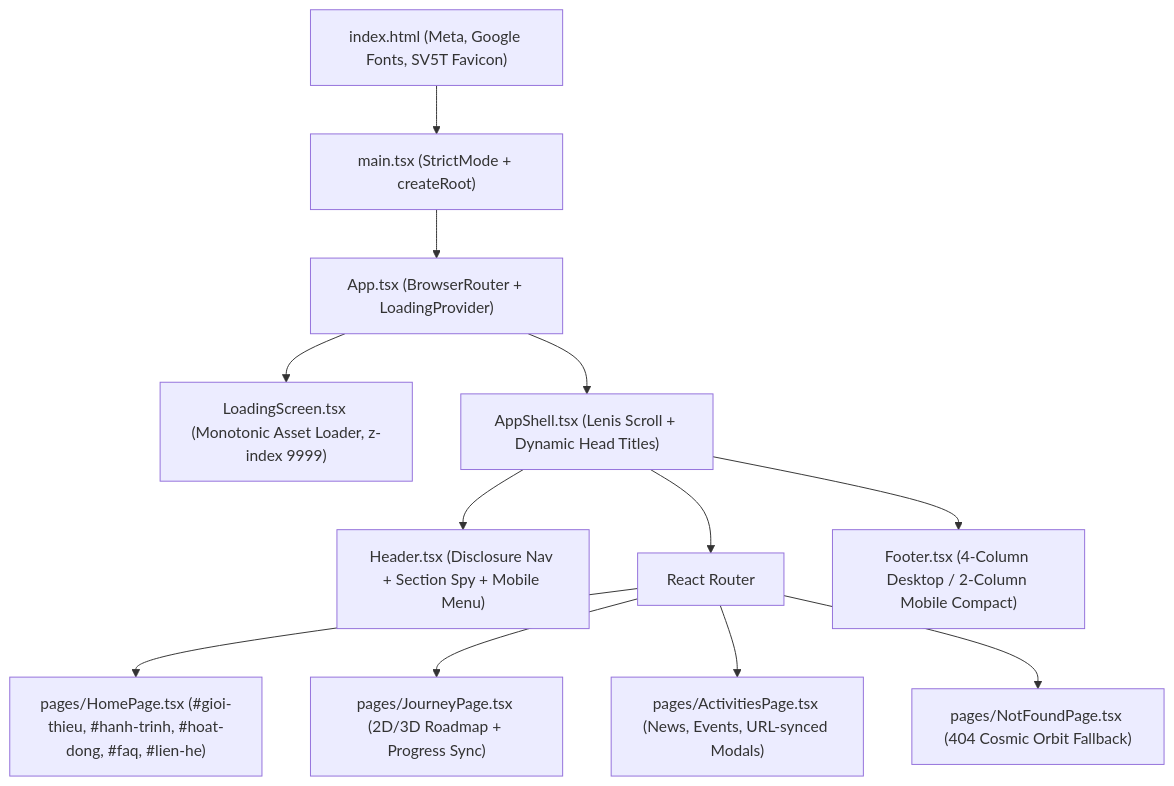
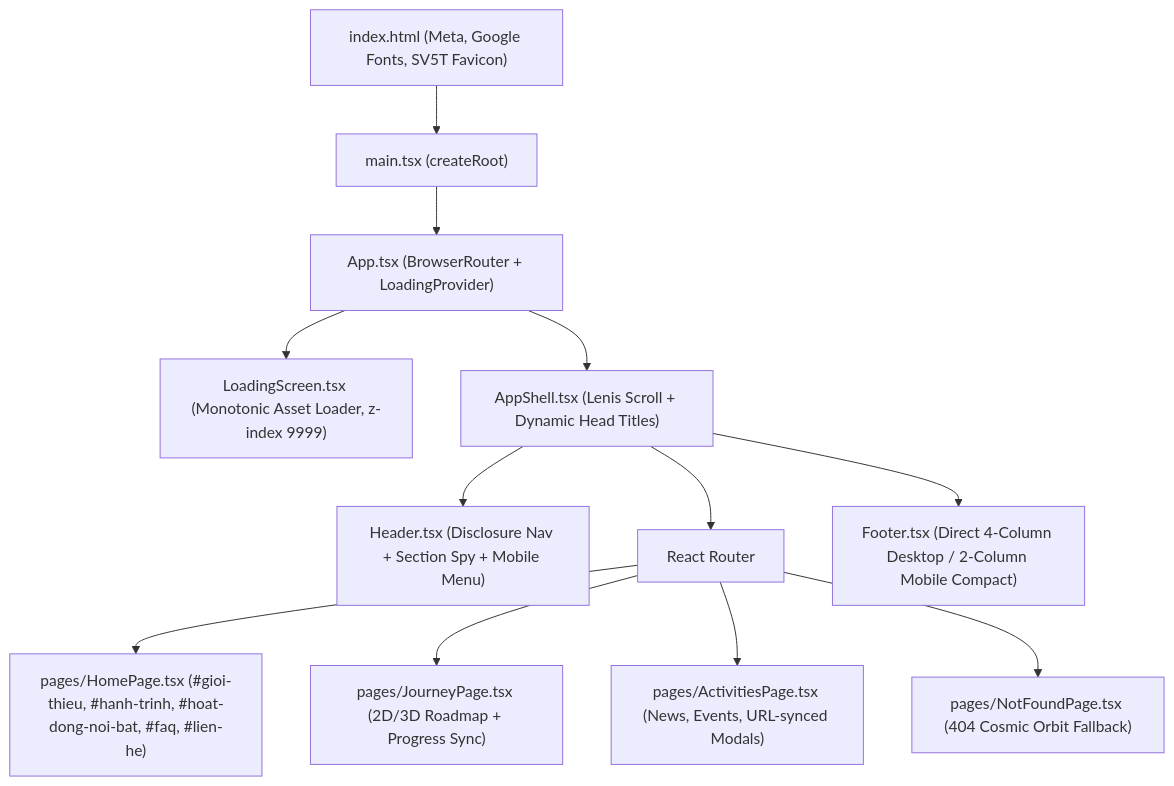
The first of 2 diagrams in PROJECT_CONTEXT.md (52ducbanh/5-star-student-club-platform), drawn with Mermaid before and after one commit. The commit also changed other lines of this file and 13 other files, not shown here.

````diff
--- a/PROJECT_CONTEXT.md
+++ b/PROJECT_CONTEXT.md
@@ -43,14 +43,14 @@
 ```mermaid
 flowchart TD
-    IndexHTML["index.html (Meta, Google Fonts, SV5T Favicon)"] --> Main["main.tsx (StrictMode + createRoot)"]
+    IndexHTML["index.html (Meta, Google Fonts, SV5T Favicon)"] --> Main["main.tsx (createRoot)"]
     Main --> App["App.tsx (BrowserRouter + LoadingProvider)"]
     App --> LoadingScreen["LoadingScreen.tsx (Monotonic Asset Loader, z-index 9999)"]
     App --> AppShell["AppShell.tsx (Lenis Scroll + Dynamic Head Titles)"]
     AppShell --> Header["Header.tsx (Disclosure Nav + Section Spy + Mobile Menu)"]
     AppShell --> RoutesContainer["React Router <Routes>"]
-    RoutesContainer --> HomePage["pages/HomePage.tsx (#gioi-thieu, #hanh-trinh, #hoat-dong, #faq, #lien-he)"]
+    RoutesContainer --> HomePage["pages/HomePage.tsx (#gioi-thieu, #hanh-trinh, #hoat-dong-noi-bat, #faq, #lien-he)"]
     RoutesContainer --> JourneyPage["pages/JourneyPage.tsx (2D/3D Roadmap + Progress Sync)"]
     RoutesContainer --> ActivitiesPage["pages/ActivitiesPage.tsx (News, Events, URL-synced Modals)"]
     RoutesContainer --> NotFoundPage["pages/NotFoundPage.tsx (404 Cosmic Orbit Fallback)"]
-    AppShell --> Footer["Footer.tsx (4-Column Desktop / 2-Column Mobile Compact)"]
+    AppShell --> Footer["Footer.tsx (Direct 4-Column Desktop / 2-Column Mobile Compact)"]
 ```
````
